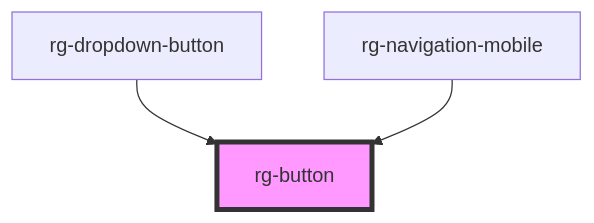
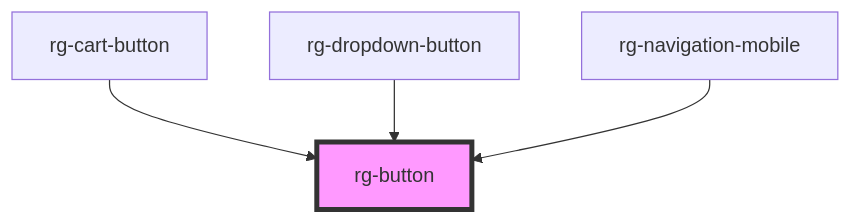
The diagram in src/components/button/readme.md (tomas862/regila-ui), drawn with Mermaid before and after one commit. The commit also changed other lines of this file and 13 other files, not shown here.

First line of the commit message:
Features - cart button (#16)

````diff
--- a/src/components/button/readme.md
+++ b/src/components/button/readme.md
@@ -16,6 +25,7 @@
 ```mermaid
 graph TD;
+  rg-cart-button --> rg-button
   rg-dropdown-button --> rg-button
   rg-navigation-mobile --> rg-button
   style rg-button fill:#f9f,stroke:#333,stroke-width:4px
 ```
````
